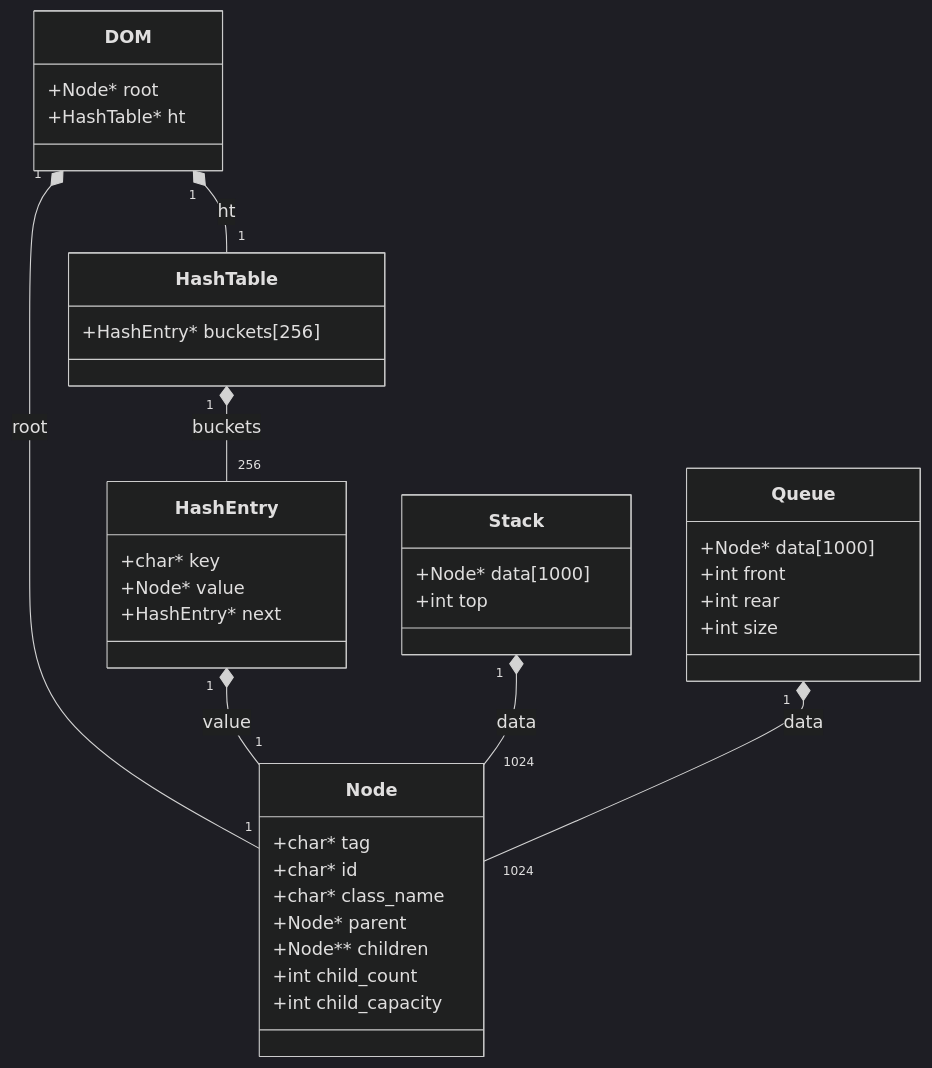
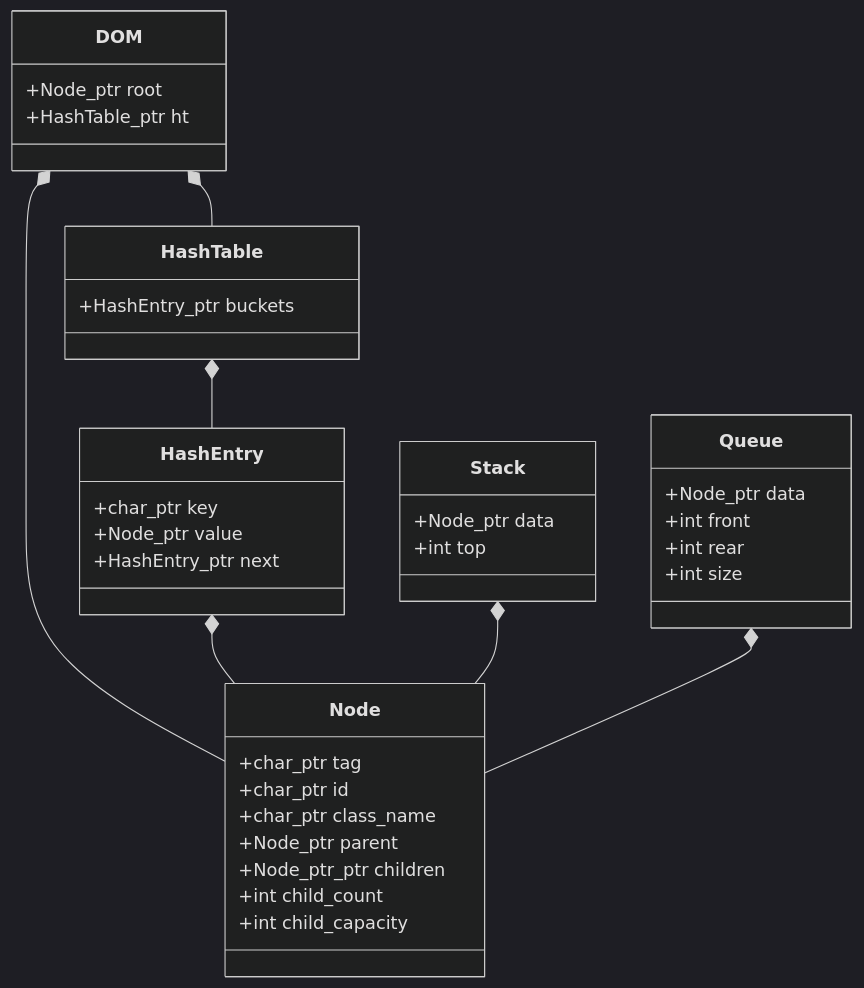
One commit to BerkanKayrakoglu/VeriYapilari_DOM_Tree changed the second of 2 diagrams in RAPOR.md. Above: the diagram before and after it, drawn with Mermaid (dark theme). The commit also changed other lines of this file, not shown here.

Commit message:
docs(report): update RAPOR.md with detailed report and working Mermaid diagrams

````diff
--- a/RAPOR.md
+++ b/RAPOR.md
@@ -25,46 +70,46 @@
 ```mermaid
 classDiagram
+    DOM *-- Node
+    DOM *-- HashTable
+    HashTable *-- HashEntry
+    HashEntry *-- Node
+    Stack *-- Node
+    Queue *-- Node
+
     class Node {
-        +char* tag
-        +char* id
-        +char* class_name
-        +Node* parent
-        +Node** children
+        +char_ptr tag
+        +char_ptr id
+        +char_ptr class_name
+        +Node_ptr parent
+        +Node_ptr_ptr children
         +int child_count
         +int child_capacity
     }
 
     class DOM {
-        +Node* root
-        +HashTable* ht
+        +Node_ptr root
+        +HashTable_ptr ht
     }
 
     class HashTable {
-        +HashEntry* buckets[256]
+        +HashEntry_ptr buckets
     }
 
     class HashEntry {
-        +char* key
-        +Node* value
-        +HashEntry* next
+        +char_ptr key
+        +Node_ptr value
+        +HashEntry_ptr next
     }
 
     class Stack {
-        +Node* data[1000]
+        +Node_ptr data
         +int top
     }
 
     class Queue {
-        +Node* data[1000]
+        +Node_ptr data
         +int front
         +int rear
         +int size
     }
-
-    DOM "1" *-- "1" Node : root
-    DOM "1" *-- "1" HashTable : ht
-    HashTable "1" *-- "256" HashEntry : buckets
-    HashEntry "1" *-- "1" Node : value
-    Stack "1" *-- "1024" Node : data
-    Queue "1" *-- "1024" Node : data
 ```
````
